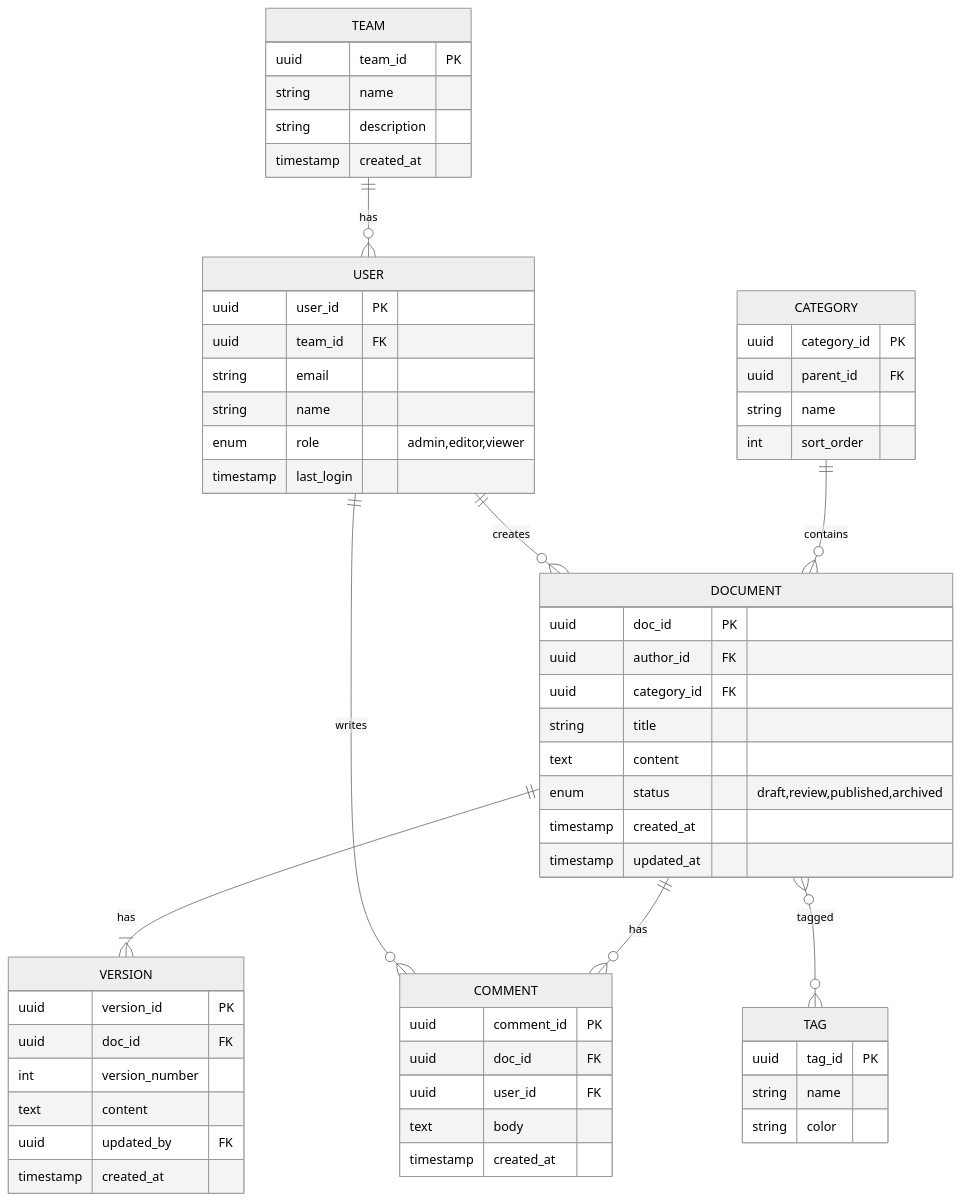
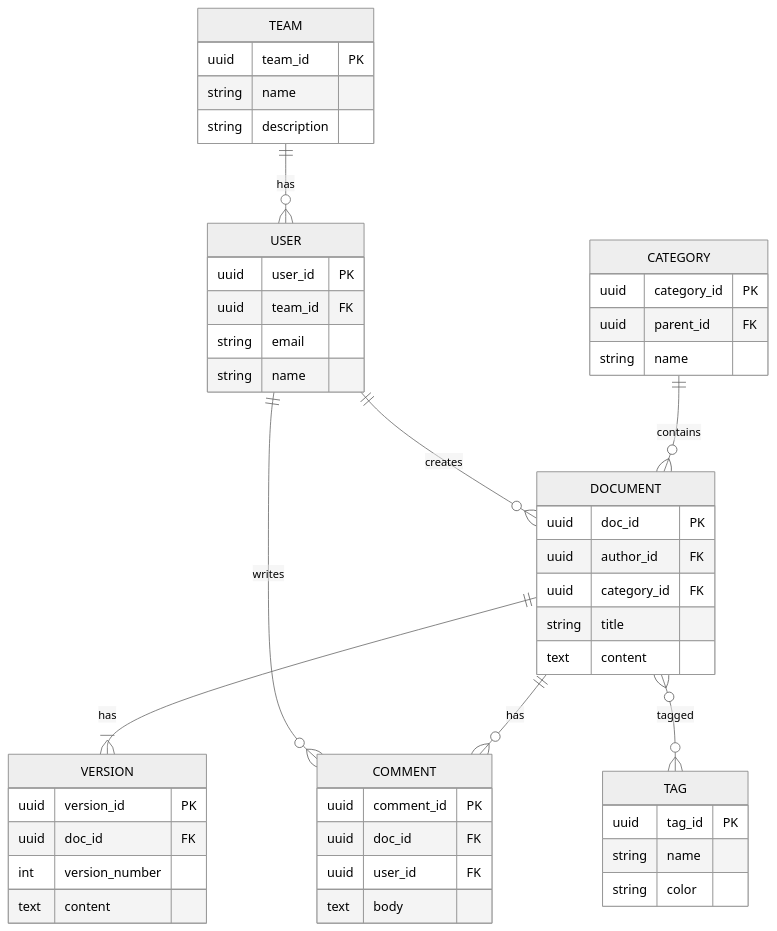
Before and after one commit to forsteri/docs: the tenth of 13 diagrams in docs/mermaid-showcase.md, drawn with Mermaid (neutral theme). The commit also changed other lines of this file, not shown here.

Commit message:
Mermaidダイアグラムの構成を改善し、サブグラフの名称を明確化。APIパターンやGitブランチ戦略の図を更新。

````diff
--- a/docs/mermaid-showcase.md
+++ b/docs/mermaid-showcase.md
@@ -274,67 +285,57 @@
 ```mermaid
 erDiagram
     TEAM ||--o{ USER : has
     USER ||--o{ DOCUMENT : creates
     USER ||--o{ COMMENT : writes
     DOCUMENT ||--|{ VERSION : has
     DOCUMENT ||--o{ COMMENT : has
     DOCUMENT }o--o{ TAG : tagged
     CATEGORY ||--o{ DOCUMENT : contains
 
     TEAM {
         uuid team_id PK
         string name
         string description
-        timestamp created_at
     }
 
     USER {
         uuid user_id PK
         uuid team_id FK
         string email
         string name
-        enum role "admin,editor,viewer"
-        timestamp last_login
     }
 
     DOCUMENT {
         uuid doc_id PK
         uuid author_id FK
         uuid category_id FK
         string title
         text content
-        enum status "draft,review,published,archived"
-        timestamp created_at
-        timestamp updated_at
     }
 
     VERSION {
         uuid version_id PK
         uuid doc_id FK
         int version_number
         text content
-        uuid updated_by FK
-        timestamp created_at
     }
 
     TAG {
         uuid tag_id PK
         string name
         string color
     }
 
     CATEGORY {
         uuid category_id PK
         uuid parent_id FK
         string name
-        int sort_order
     }
 
     COMMENT {
         uuid comment_id PK
         uuid doc_id FK
         uuid user_id FK
         text body
-        timestamp created_at
     }
 ```
````
